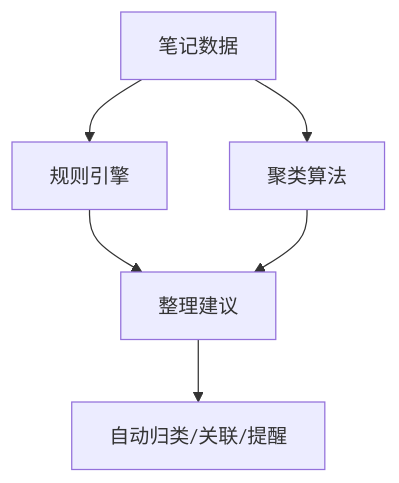
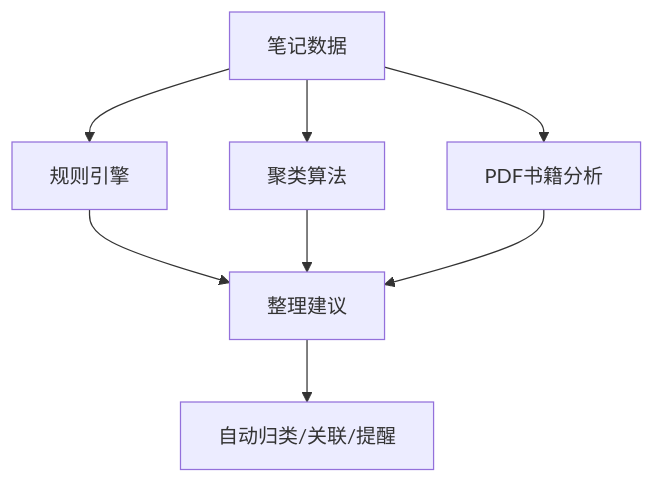
Before and after one commit to abokyoy/LectureLearnLoop: the eighth of 12 diagrams in .qoder/repowiki/zh/content/后端架构/路由设计/笔记管理路由.md, drawn with Mermaid. The commit also changed other lines of this file and 91 other files, not shown here.

````diff
--- a/.qoder/repowiki/zh/content/后端架构/路由设计/笔记管理路由.md
+++ b/.qoder/repowiki/zh/content/后端架构/路由设计/笔记管理路由.md
@@ -369,8 +410,10 @@
 ```mermaid
 flowchart TD
 Data["笔记数据"] --> Rules["规则引擎"]
 Data --> Clustering["聚类算法"]
+Data --> PDFAnalysis["PDF书籍分析"]
 Rules --> Suggestions["整理建议"]
 Clustering --> Suggestions
+PDFAnalysis --> Suggestions
 Suggestions --> Action["自动归类/关联/提醒"]
 ```
````
